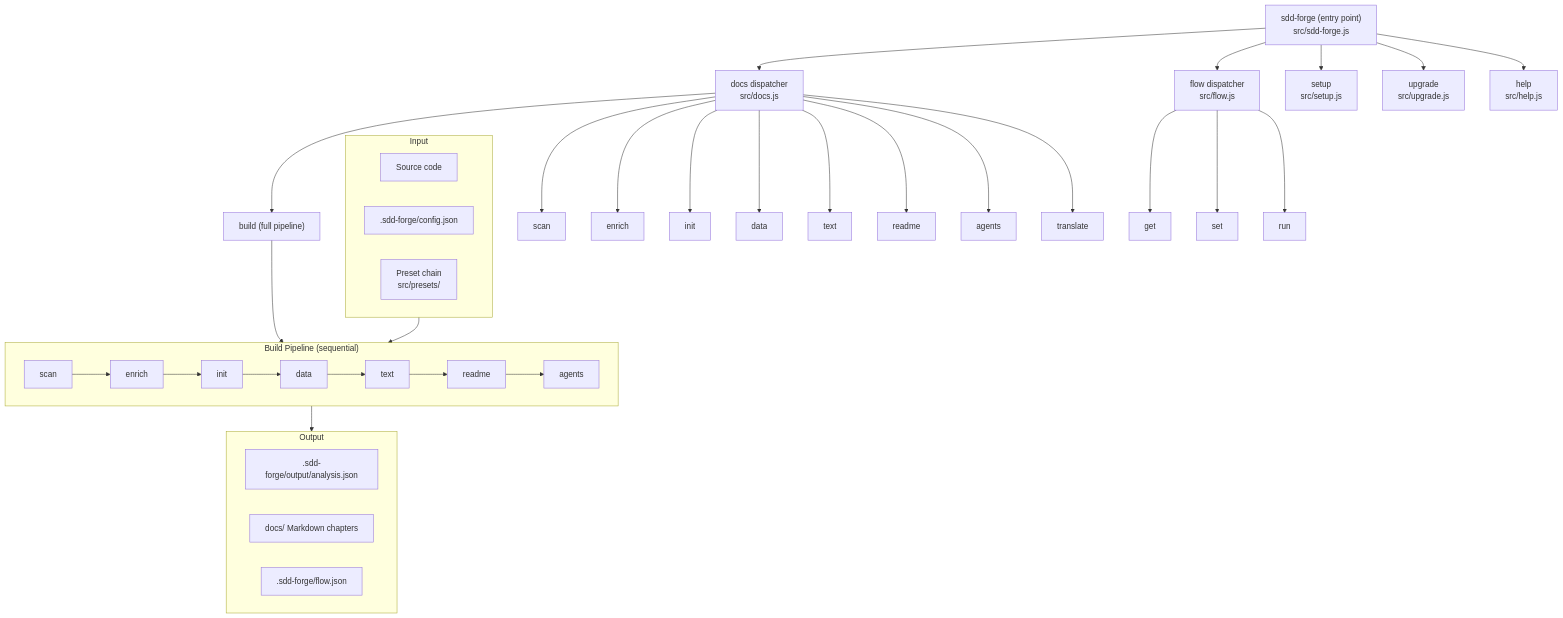
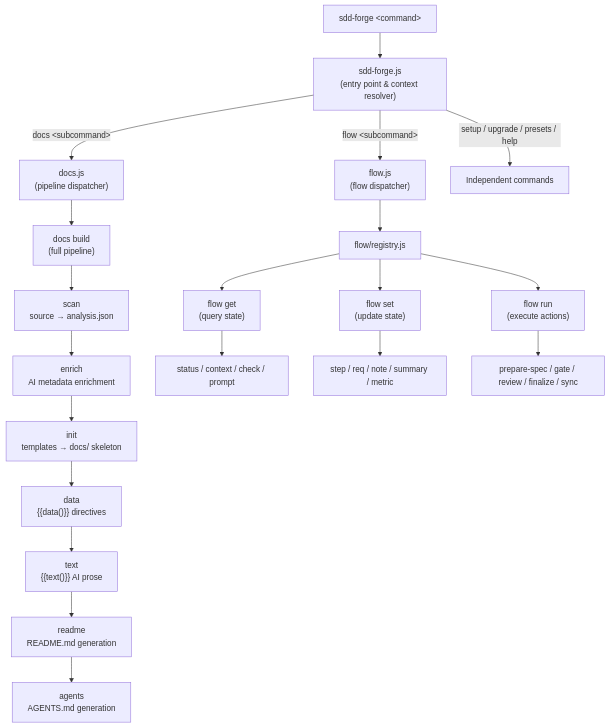
One commit to SpreadWorks/sdd-forge changed the diagram in docs/overview.md. Above: the diagram before and after it, drawn with Mermaid. The commit also changed other lines of this file and 9 other files, not shown here.

````diff
--- a/docs/overview.md
+++ b/docs/overview.md
@@ -33,46 +29,25 @@
 ```mermaid
 flowchart TD
-    CLI["sdd-forge (entry point)\nsrc/sdd-forge.js"]
+    CLI["sdd-forge &lt;command&gt;"] --> ENTRY["sdd-forge.js\n(entry point & context resolver)"]
+    ENTRY --> |"docs &lt;subcommand&gt;"|DOCS["docs.js\n(pipeline dispatcher)"]
+    ENTRY --> |"flow &lt;subcommand&gt;"|FLOW["flow.js\n(flow dispatcher)"]
+    ENTRY --> |"setup / upgrade / presets / help"|CMDS["Independent commands"]
 
-    CLI --> DOCS["docs dispatcher\nsrc/docs.js"]
-    CLI --> FLOW["flow dispatcher\nsrc/flow.js"]
-    CLI --> SETUP["setup\nsrc/setup.js"]
-    CLI --> UPGRADE["upgrade\nsrc/upgrade.js"]
-    CLI --> HELP["help\nsrc/help.js"]
+    DOCS --> BUILD["docs build\n(full pipeline)"]
+    BUILD --> SCAN["scan\nsource → analysis.json"]
+    SCAN --> ENRICH["enrich\nAI metadata enrichment"]
+    ENRICH --> INIT["init\ntemplates → docs/ skeleton"]
+    INIT --> DATA["data\n{{data()}} directives"]
+    DATA --> TEXT["text\n{{text()}} AI prose"]
+    TEXT --> README["readme\nREADME.md generation"]
+    README --> AGENTS["agents\nAGENTS.md generation"]
 
-    DOCS --> BUILD["build (full pipeline)"]
-    DOCS --> SCAN["scan"]
-    DOCS --> ENRICH["enrich"]
-    DOCS --> INIT["init"]
-    DOCS --> DATA["data"]
-    DOCS --> TEXT["text"]
-    DOCS --> README["readme"]
-    DOCS --> AGENTS["agents"]
-    DOCS --> TRANSLATE["translate"]
+    FLOW --> REGISTRY["flow/registry.js"]
+    REGISTRY --> GET["flow get\n(query state)"]
+    REGISTRY --> SET["flow set\n(update state)"]
+    REGISTRY --> RUN["flow run\n(execute actions)"]
 
-    BUILD --> PIPELINE
-
-    subgraph PIPELINE ["Build Pipeline (sequential)"]
-        direction LR
-        P1["scan"] --> P2["enrich"] --> P3["init"] --> P4["data"] --> P5["text"] --> P6["readme"] --> P7["agents"]
-    end
-
-    FLOW --> GET["get"]
-    FLOW --> SET["set"]
-    FLOW --> RUN["run"]
-
-    subgraph INPUT ["Input"]
-        SRC["Source code"]
-        CFG[".sdd-forge/config.json"]
-        PRESET["Preset chain\nsrc/presets/"]
-    end
-
-    subgraph OUTPUT ["Output"]
-        ANA[".sdd-forge/output/analysis.json"]
-        DOC["docs/ Markdown chapters"]
-        FLOW_STATE[".sdd-forge/flow.json"]
-    end
-
-    INPUT --> PIPELINE
-    PIPELINE --> OUTPUT
+    GET --> STATUS["status / context / check / prompt"]
+    SET --> STEP["step / req / note / summary / metric"]
+    RUN --> ACTIONS["prepare-spec / gate / review / finalize / sync"]
 ```
````
